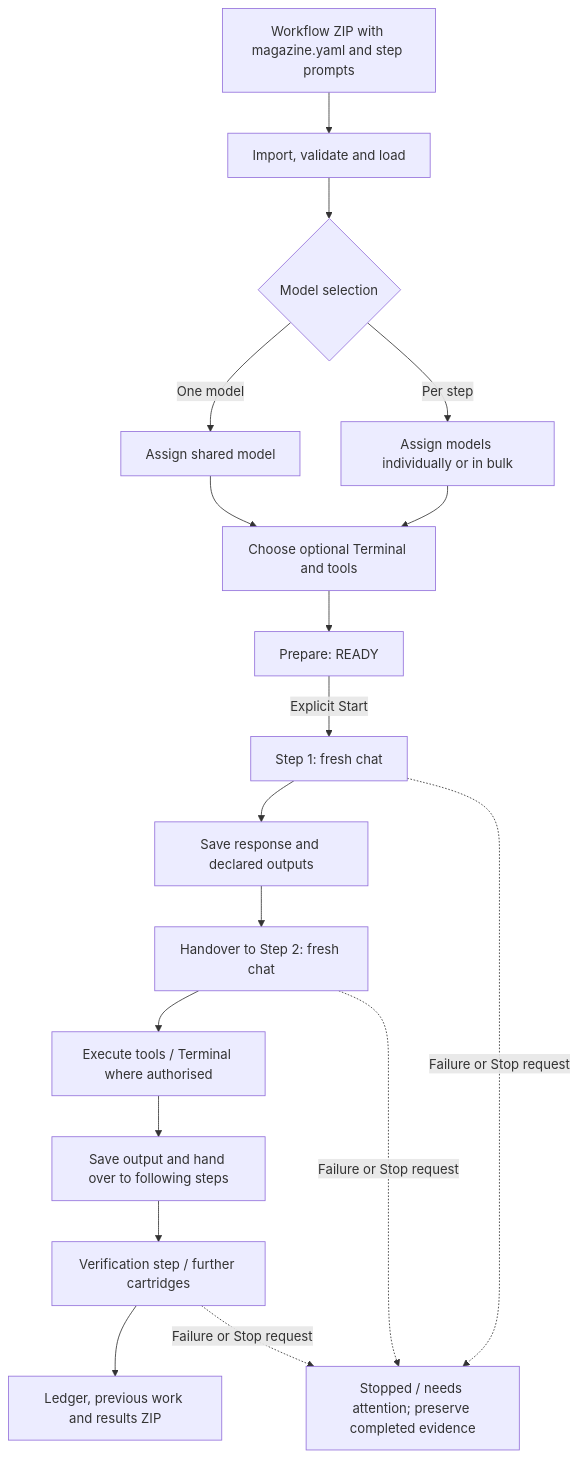
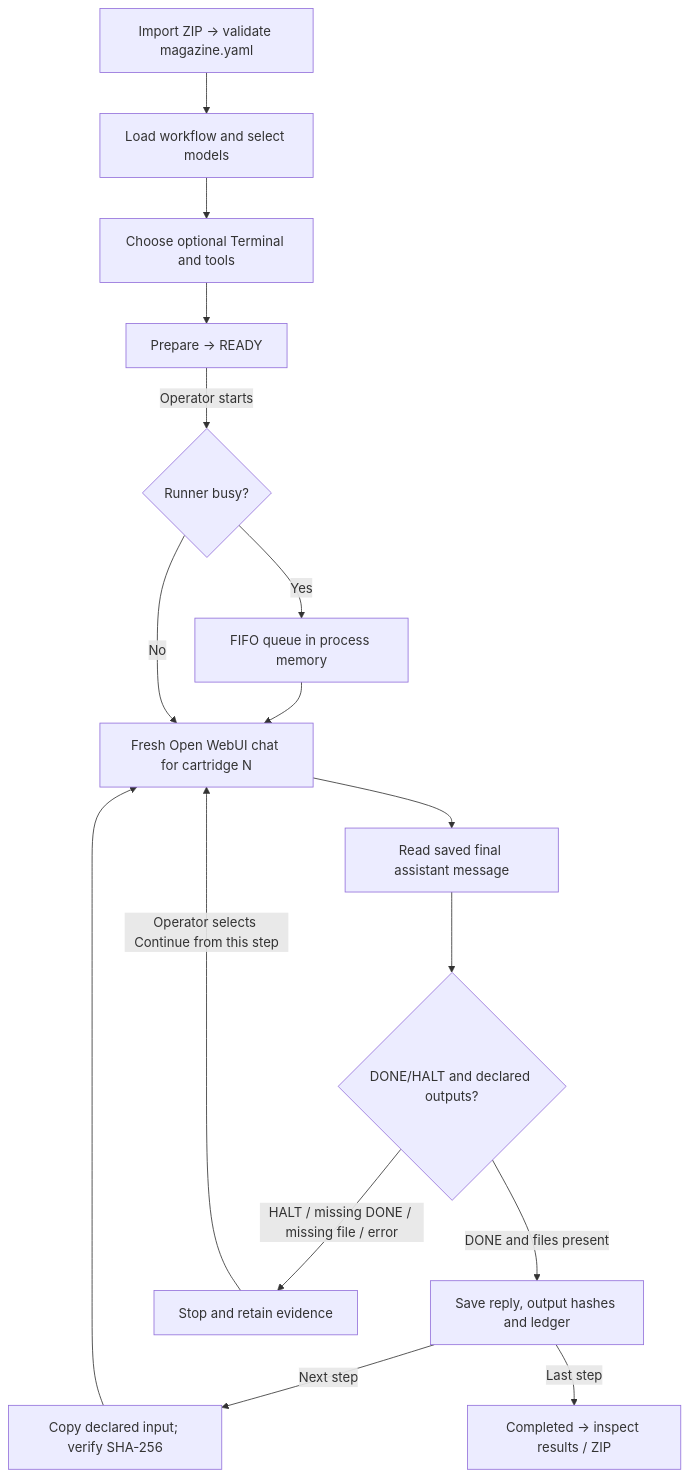
Before and after one commit to Nundrian/Magazine: the diagram in docs/SIMPLE_0.2.0_EXEC5.md, drawn with Mermaid. The commit also changed other lines of this file and 16 other files, not shown here.

````diff
--- a/docs/SIMPLE_0.2.0_EXEC5.md
+++ b/docs/SIMPLE_0.2.0_EXEC5.md
@@ -17,20 +44,18 @@
 ```mermaid
 flowchart TD
-  A["Workflow ZIP with magazine.yaml and step prompts"] --> B["Import, validate and load"]
-  B --> C{"Model selection"}
-  C -->|One model| D["Assign shared model"]
-  C -->|Per step| E["Assign models individually or in bulk"]
-  D --> F["Choose optional Terminal and tools"]
-  E --> F
-  F --> G["Prepare: READY"]
-  G -->|Explicit Start| H["Step 1: fresh chat"]
-  H --> I["Save response and declared outputs"]
-  I --> J["Handover to Step 2: fresh chat"]
-  J --> K["Execute tools / Terminal where authorised"]
-  K --> L["Save output and hand over to following steps"]
-  L --> M["Verification step / further cartridges"]
-  M --> N["Ledger, previous work and results ZIP"]
-  H -.->|Failure or Stop request| X["Stopped / needs attention; preserve completed evidence"]
-  J -.->|Failure or Stop request| X
-  M -.->|Failure or Stop request| X
+    ZIP["Import ZIP → validate magazine.yaml"] --> SET["Load workflow and select models"]
+    SET --> OPTIONS["Choose optional Terminal and tools"]
+    OPTIONS --> READY["Prepare → READY"]
+    READY -->|Operator starts| QUEUE{"Runner busy?"}
+    QUEUE -->|Yes| WAIT["FIFO queue in process memory"]
+    WAIT --> CHAT
+    QUEUE -->|No| CHAT["Fresh Open WebUI chat for cartridge N"]
+    CHAT --> RESP["Read saved final assistant message"]
+    RESP --> VERIFY{"DONE/HALT and declared outputs?"}
+    VERIFY -->|DONE and files present| SAVE["Save reply, output hashes and ledger"]
+    SAVE -->|Next step| COPY["Copy declared input; verify SHA-256"]
+    COPY --> CHAT
+    SAVE -->|Last step| FIN["Completed → inspect results / ZIP"]
+    VERIFY -->|HALT / missing DONE / missing file / error| STOP["Stop and retain evidence"]
+    STOP -->|Operator selects Continue from this step| CHAT
 ```
````
